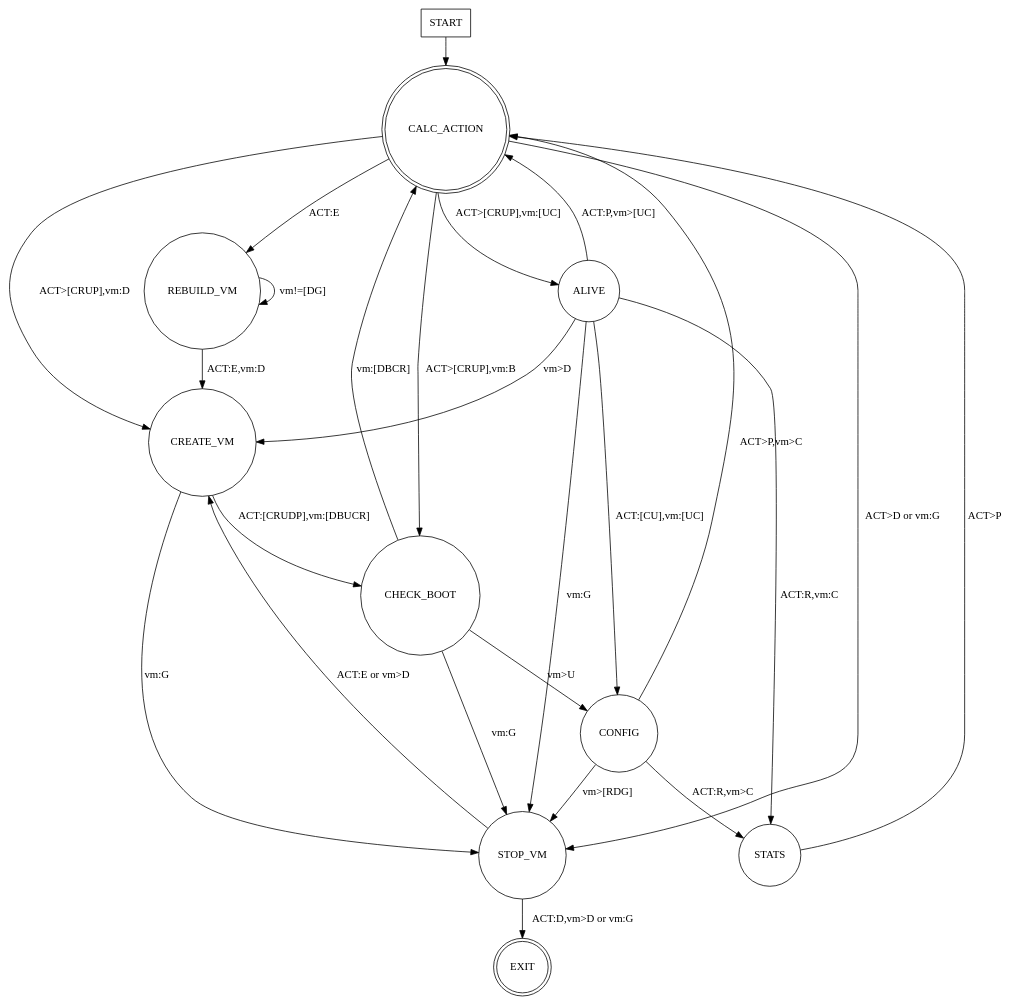
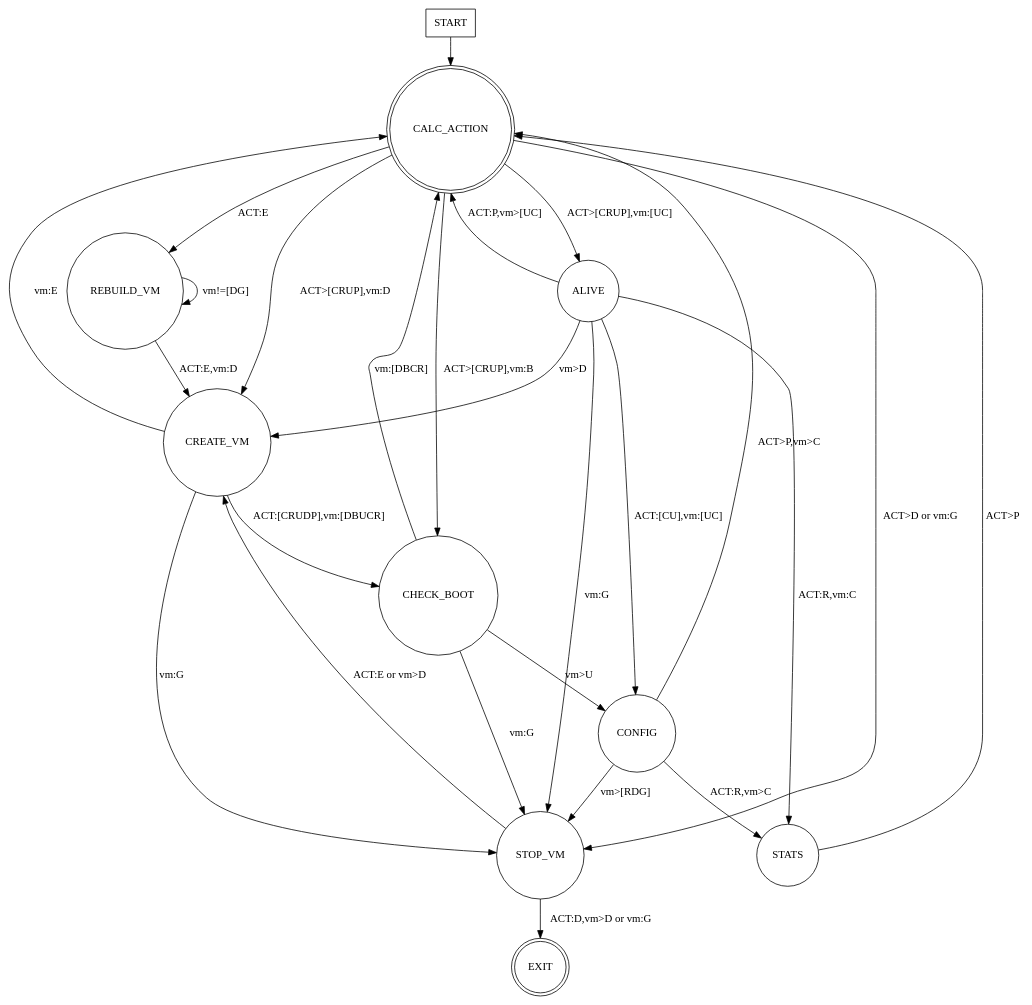
One commit to openstack-archive/astara changed the diagram in doc/source/state_machine.dot. Above: the diagram before and after it, drawn with Graphviz. The commit also changed 4 other files, not shown here.

```diff
--- a/doc/source/state_machine.dot
+++ b/doc/source/state_machine.dot
@@ -1,48 +1,49 @@
 digraph rug {
   // rankdir=LR;
 
   node [shape = rectangle];
   START;
 
   // These nodes enter and exit the state machine.
 
   node [shape = doublecircle];
   EXIT;
   CALC_ACTION;
 
   node [shape = circle];
 
   START -> CALC_ACTION;
 
   CALC_ACTION -> ALIVE [ label = "ACT>[CRUP],vm:[UC]" ];
   CALC_ACTION -> CREATE_VM [ label = "ACT>[CRUP],vm:D" ];
   CALC_ACTION -> CHECK_BOOT [ label = "ACT>[CRUP],vm:B" ];
   CALC_ACTION -> REBUILD_VM [ label = "ACT:E" ];
   CALC_ACTION -> STOP_VM [ label = "ACT>D or vm:G" ];
 
   ALIVE -> CREATE_VM [ label = "vm>D" ];
   ALIVE -> CONFIG [ label = "ACT:[CU],vm:[UC]" ];
   ALIVE -> STATS [ label = "ACT:R,vm:C" ];
   ALIVE -> CALC_ACTION [ label = "ACT:P,vm>[UC]" ];
   ALIVE -> STOP_VM [ label = "vm:G" ];
 
   CREATE_VM -> CHECK_BOOT [ label = "ACT:[CRUDP],vm:[DBUCR]" ];
   CREATE_VM -> STOP_VM [ label = "vm:G" ];
+  CREATE_VM -> CALC_ACTION [ label = "vm:E" ];
 
   CHECK_BOOT -> CONFIG [ label = "vm>U" ];
   CHECK_BOOT -> CALC_ACTION [ label = "vm:[DBCR]" ];
   CHECK_BOOT -> STOP_VM [ label = "vm:G" ];
 
   CONFIG -> STATS [ label = "ACT:R,vm>C" ];
   CONFIG -> CALC_ACTION [ label = "ACT>P,vm>C" ];
   CONFIG -> STOP_VM [ label = "vm>[RDG]" ];
 
   STATS -> CALC_ACTION [ label = "ACT>P" ];
 
   REBUILD_VM -> REBUILD_VM [ label = "vm!=[DG]" ];
   REBUILD_VM -> CREATE_VM [ label = "ACT:E,vm:D" ];
 
   STOP_VM -> CREATE_VM [ label = "ACT:E or vm>D" ];
   STOP_VM -> EXIT [ label = "ACT:D,vm>D or vm:G" ];
 
 }
```
